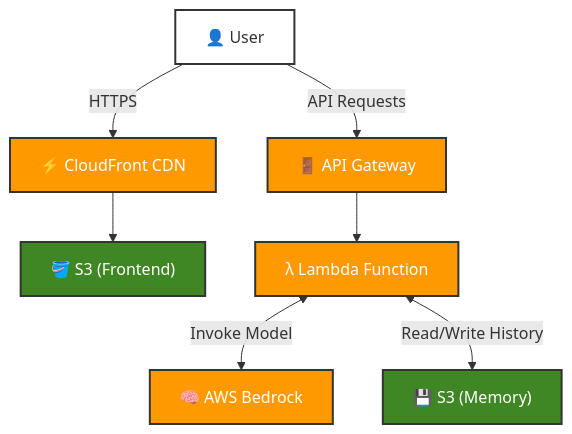
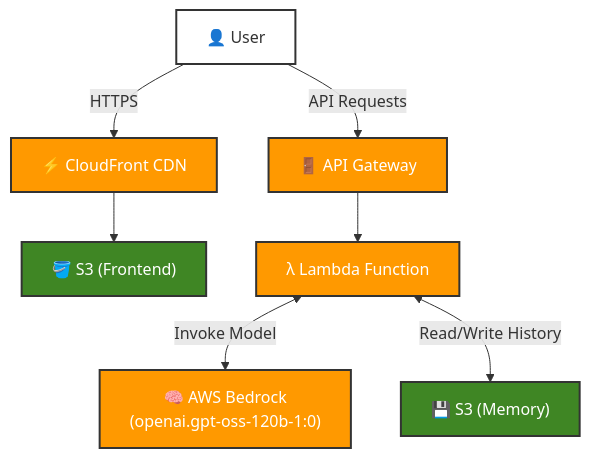
Before and after one commit to baloglu321/mlops-journey: the diagram in week-2/day-3/README.md, drawn with Mermaid. The commit also changed 1 other file, not shown here.

Commit message:
week-2 day-3 commit-3

````diff
--- a/week-2/day-3/README.md
+++ b/week-2/day-3/README.md
@@ -16,27 +16,27 @@
 ```mermaid
 graph TB
     User[👤 User]
     CloudFront[⚡ CloudFront CDN]
     S3Web["🪣 S3 (Frontend)"]
     APIGW["🚪 API Gateway"]
     Lambda["λ Lambda Function"]
-    Bedrock["🧠 AWS Bedrock"]
+    Bedrock["🧠 AWS Bedrock<br/>(openai.gpt-oss-120b-1:0)"]
     S3Mem["💾 S3 (Memory)"]
 
     User -->|HTTPS| CloudFront
     CloudFront --> S3Web
     
     User -->|API Requests| APIGW
     APIGW --> Lambda
     
     Lambda <-->|Invoke Model| Bedrock
     Lambda <-->|Read/Write History| S3Mem
 
     style User fill:#fff,stroke:#333,stroke-width:2px
     style CloudFront fill:#FF9900,stroke:#333,stroke-width:2px,color:#fff
     style APIGW fill:#FF9900,stroke:#333,stroke-width:2px,color:#fff
     style Lambda fill:#FF9900,stroke:#333,stroke-width:2px,color:#fff
     style Bedrock fill:#FF9900,stroke:#333,stroke-width:2px,color:#fff
     style S3Web fill:#3F8624,stroke:#333,stroke-width:2px,color:#fff
     style S3Mem fill:#3F8624,stroke:#333,stroke-width:2px,color:#fff
 ```
````
